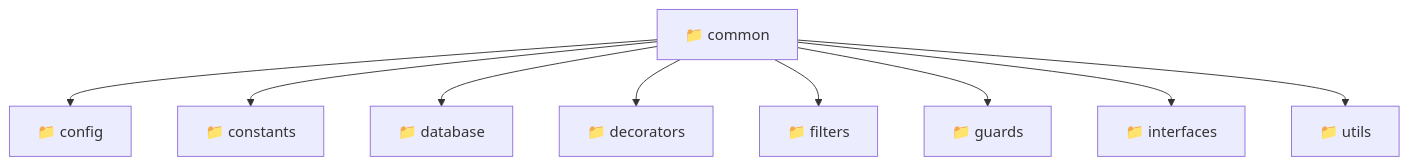
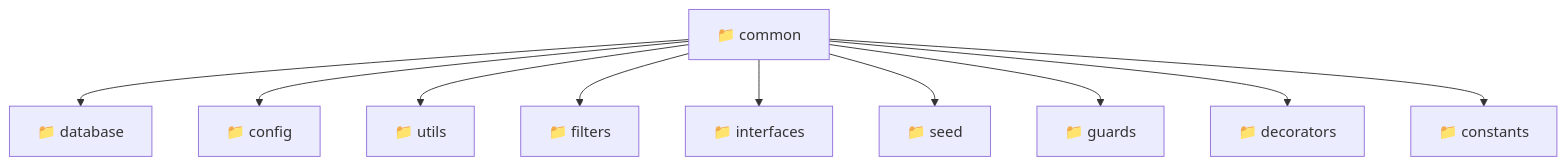
The diagram in backend/src/common/README.md (beginwebdev2002/fullstack-mavluda), drawn with Mermaid before and after one commit. The commit also changed other lines of this file and 166 other files, not shown here.

First line of the commit message:
docs: generate repository-wide architectural README files

````diff
--- a/backend/src/common/README.md
+++ b/backend/src/common/README.md
@@ -9,12 +11,22 @@
 ```mermaid
 graph TD
-  Root["📁 common"]
-  Root --> config["📁 config"]
-  Root --> constants["📁 constants"]
-  Root --> database["📁 database"]
-  Root --> decorators["📁 decorators"]
-  Root --> filters["📁 filters"]
-  Root --> guards["📁 guards"]
-  Root --> interfaces["📁 interfaces"]
-  Root --> utils["📁 utils"]
+  f_Root_common["📁 common"]
+  f_Dir_database["📁 database"]
+  f_Root_common --> f_Dir_database
+  f_Dir_config["📁 config"]
+  f_Root_common --> f_Dir_config
+  f_Dir_utils["📁 utils"]
+  f_Root_common --> f_Dir_utils
+  f_Dir_filters["📁 filters"]
+  f_Root_common --> f_Dir_filters
+  f_Dir_interfaces["📁 interfaces"]
+  f_Root_common --> f_Dir_interfaces
+  f_Dir_seed["📁 seed"]
+  f_Root_common --> f_Dir_seed
+  f_Dir_guards["📁 guards"]
+  f_Root_common --> f_Dir_guards
+  f_Dir_decorators["📁 decorators"]
+  f_Root_common --> f_Dir_decorators
+  f_Dir_constants["📁 constants"]
+  f_Root_common --> f_Dir_constants
 ```
````
